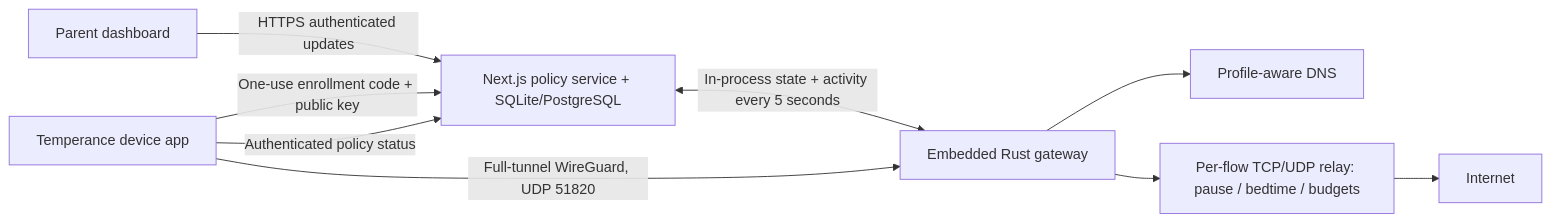
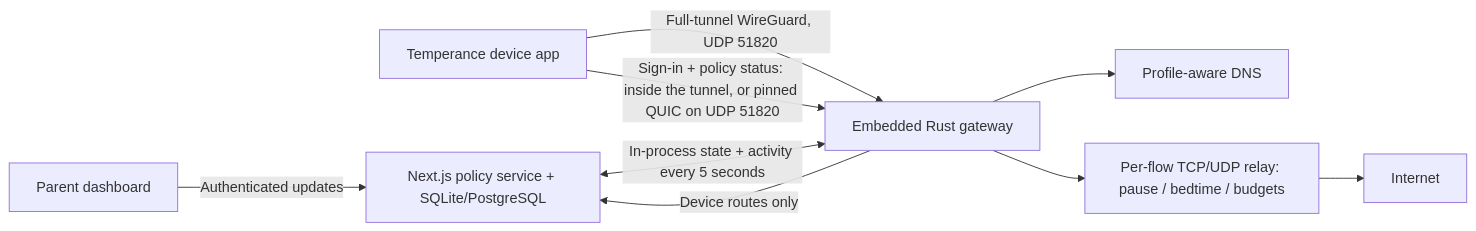
Before and after one commit to MisterTea/temperance: the diagram in docs/architecture.md, drawn with Mermaid. The commit also changed other lines of this file and 90 other files, not shown here.

````diff
--- a/docs/architecture.md
+++ b/docs/architecture.md
@@ -3,11 +3,11 @@
 ```mermaid
 flowchart LR
-  Parent[Parent dashboard] -->|HTTPS authenticated updates| Control[Next.js policy service + SQLite/PostgreSQL]
-  App[Temperance device app] -->|One-use enrollment code + public key| Control
-  App -->|Authenticated policy status| Control
-  App -->|Full-tunnel WireGuard, UDP 51820| Gateway[Embedded Rust gateway]
+  Parent[Parent dashboard] -->|Authenticated updates| Control[Next.js policy service + SQLite/PostgreSQL]
+  App[Temperance device app] -->|Full-tunnel WireGuard, UDP 51820| Gateway[Embedded Rust gateway]
+  App -->|Sign-in + policy status: inside the tunnel, or pinned QUIC on UDP 51820| Gateway
+  Gateway -->|Device routes only| Control
   Control <-->|In-process state + activity every 5 seconds| Gateway
   Gateway --> DNS[Profile-aware DNS]
   Gateway --> Flows[Per-flow TCP/UDP relay: pause / bedtime / budgets]
   Flows --> Internet
 ```
````
